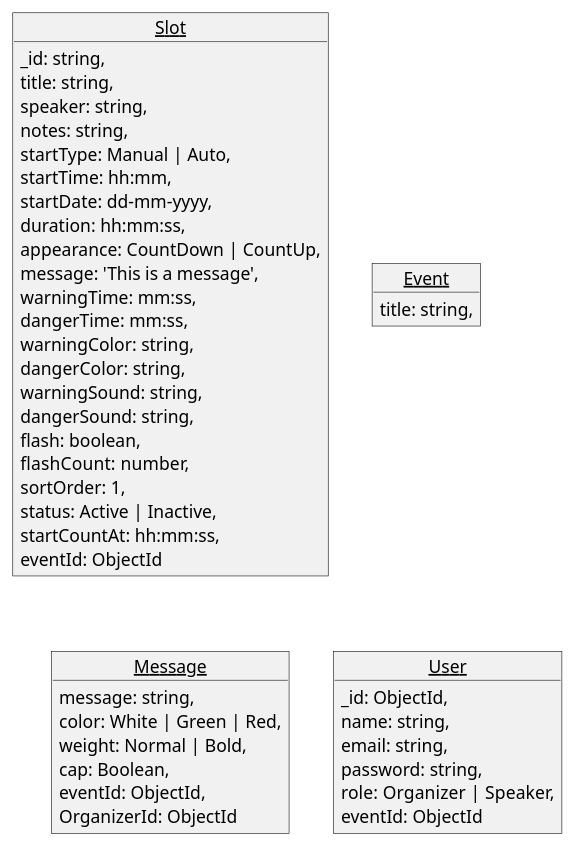
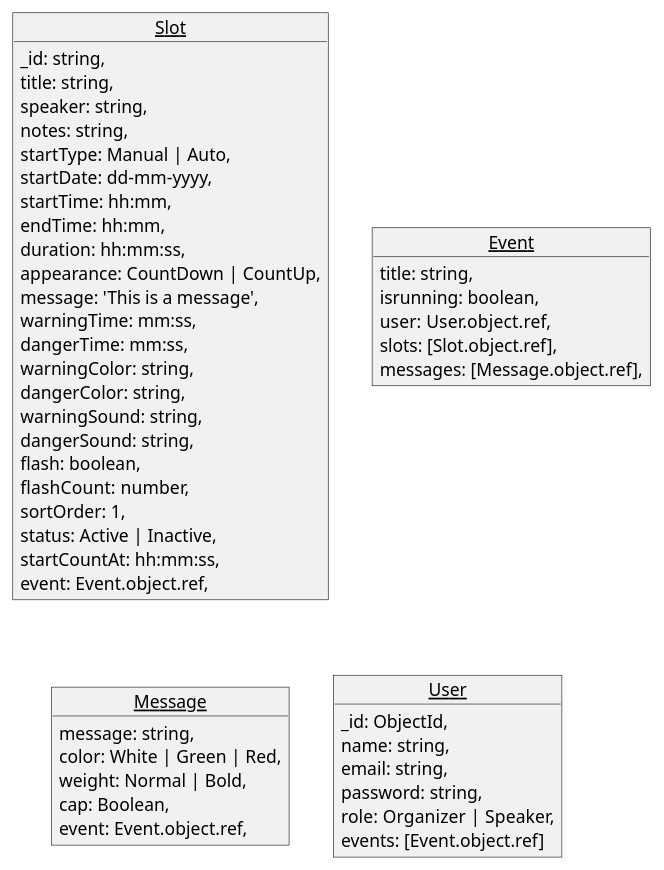
Before and after one commit to saipepu/pitchtrack-server: the diagram in uml/uml.puml, drawn with PlantUML. The commit also changed 4 other files, not shown here.

Commit message:
update data model in uml diagram

```diff
--- a/uml/uml.puml
+++ b/uml/uml.puml
@@ -1,53 +1,57 @@
 @startuml Pitchtrack
 
 skinparam style strictuml
 skinparam DefaultFontName Arial
 
 object Slot {
   _id: string,
   title: string,
   speaker: string,
   notes: string,
   startType: Manual | Auto,
+  startDate: dd-mm-yyyy,
   startTime: hh:mm,
-  startDate: dd-mm-yyyy,
+  endTime: hh:mm,
   duration: hh:mm:ss,
   appearance: CountDown | CountUp,
   message: 'This is a message',
   warningTime: mm:ss,
   dangerTime: mm:ss,
   warningColor: string,
   dangerColor: string,
   warningSound: string,
   dangerSound: string,
   flash: boolean,
   flashCount: number,
   sortOrder: 1,
   status: Active | Inactive,
   startCountAt: hh:mm:ss,
-  eventId: ObjectId
+  event: Event.object.ref,
 }
 
 object Event {
   title: string,
+  isrunning: boolean,
+  user: User.object.ref,
+  slots: [Slot.object.ref],
+  messages: [Message.object.ref],
 }
 
 object Message {
   message: string,
   color: White | Green | Red,
   weight: Normal | Bold,
   cap: Boolean,
-  eventId: ObjectId,
-  OrganizerId: ObjectId
+  event: Event.object.ref,
 }
 
 object User {
   _id: ObjectId,
   name: string,
   email: string,
   password: string,
   role: Organizer | Speaker,
-  eventId: ObjectId
+  events: [Event.object.ref]
 }
 
 @enduml
```
